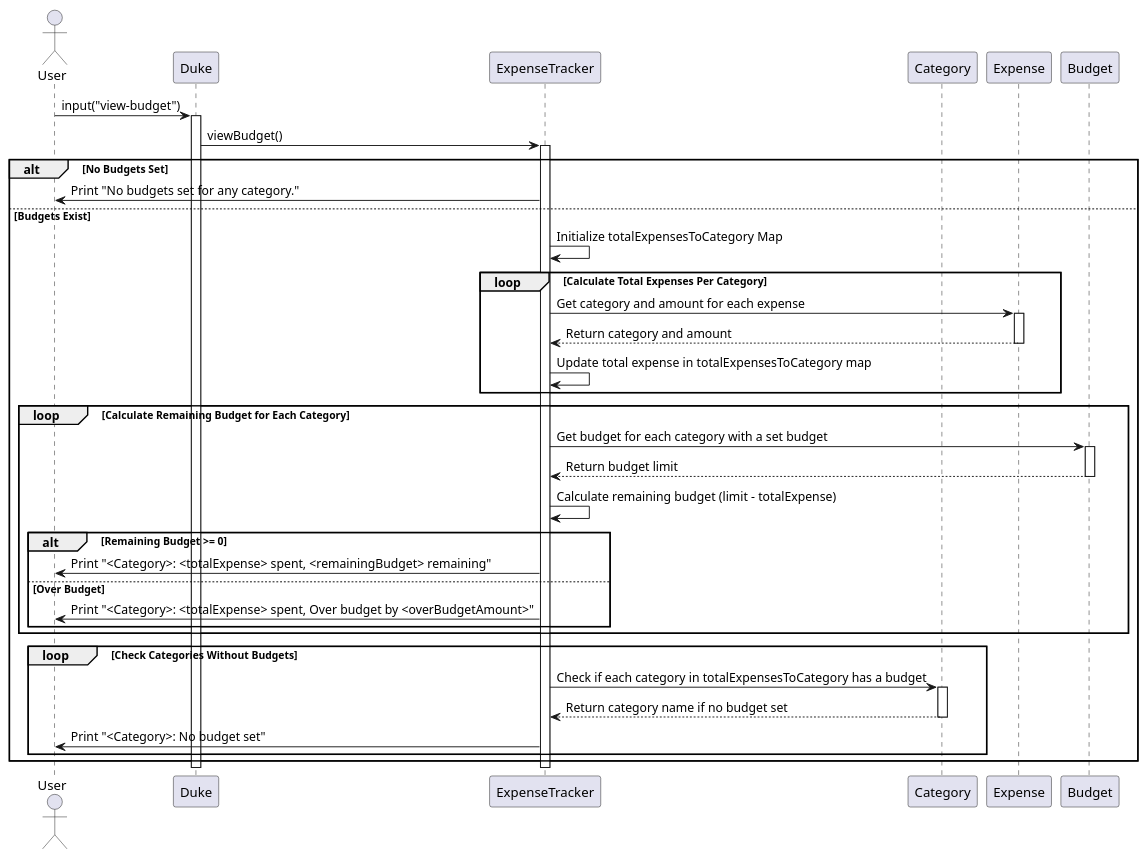
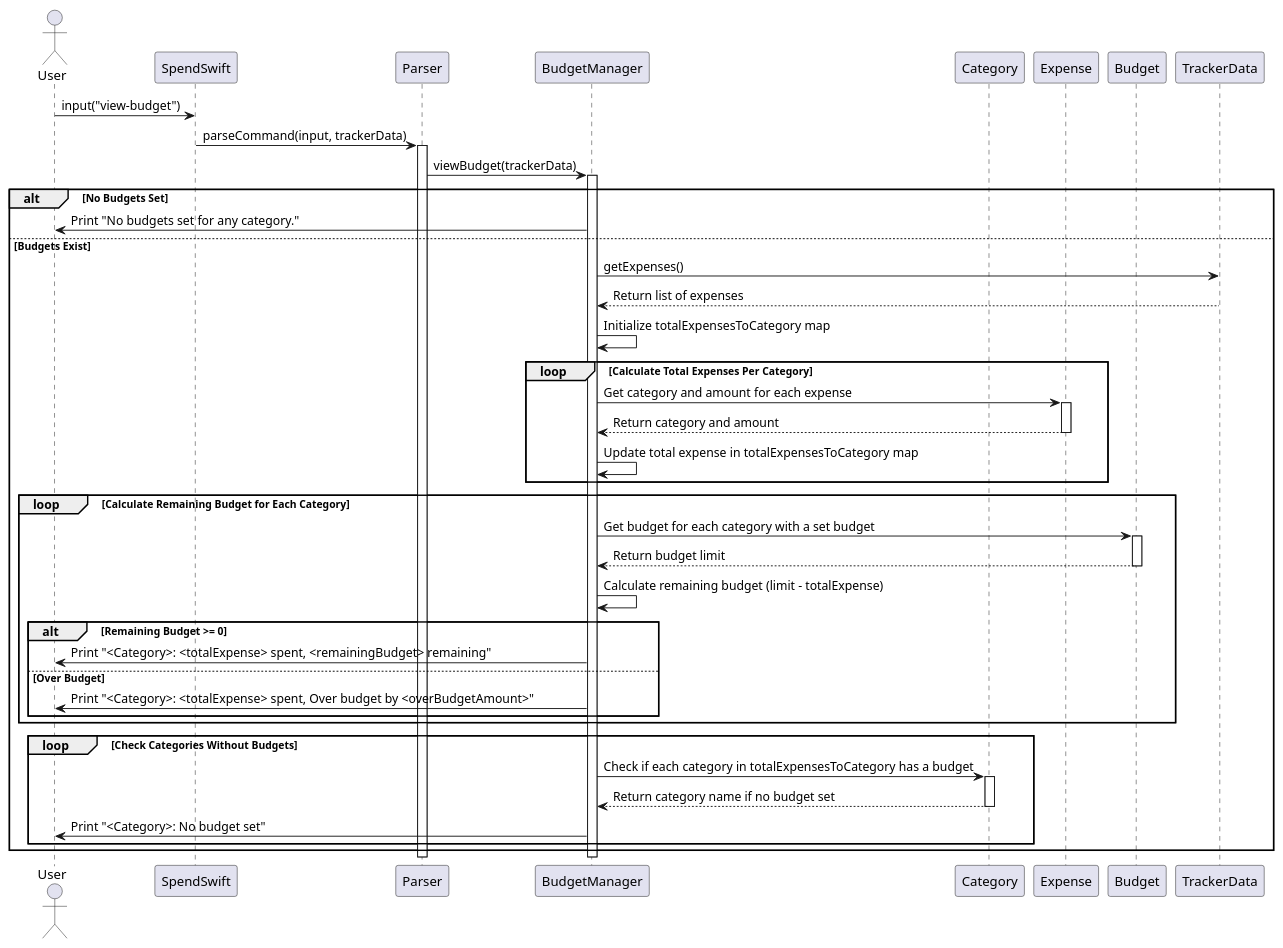
One commit to nus-cs2113-AY2425S1/tp changed the diagram in docs/diagrams/ViewBudget.puml. Above: the diagram before and after it, drawn with PlantUML. The commit also changed 7 other files, not shown here.

Commit message:
updated uml diagrams for add expense, add category, view  budget, and set budget limit (not sure about request here, but will look into it)

```diff
--- a/docs/diagrams/ViewBudget.puml
+++ b/docs/diagrams/ViewBudget.puml
@@ -1,57 +1,63 @@
 @startuml
 
 actor User
-participant Duke
-participant ExpenseTracker
+participant SpendSwift
+participant Parser
+participant BudgetManager
 participant Category
 participant Expense
 participant Budget
+participant TrackerData
 
-User -> Duke : input("view-budget")
-activate Duke
+User -> SpendSwift : input("view-budget")
+SpendSwift -> Parser : parseCommand(input, trackerData)
 
-Duke -> ExpenseTracker : viewBudget()
-activate ExpenseTracker
+activate Parser
+Parser -> BudgetManager : viewBudget(trackerData)
+activate BudgetManager
 
 alt No Budgets Set
-    ExpenseTracker -> User : Print "No budgets set for any category."
+    BudgetManager -> User : Print "No budgets set for any category."
 else Budgets Exist
-    ExpenseTracker -> ExpenseTracker : Initialize totalExpensesToCategory Map
+    BudgetManager -> TrackerData : getExpenses()
+    TrackerData --> BudgetManager : Return list of expenses
+
+    BudgetManager -> BudgetManager : Initialize totalExpensesToCategory map
 
     loop Calculate Total Expenses Per Category
-        ExpenseTracker -> Expense : Get category and amount for each expense
+        BudgetManager -> Expense : Get category and amount for each expense
         activate Expense
-        Expense --> ExpenseTracker : Return category and amount
+        Expense --> BudgetManager : Return category and amount
         deactivate Expense
 
-        ExpenseTracker -> ExpenseTracker : Update total expense in totalExpensesToCategory map
+        BudgetManager -> BudgetManager : Update total expense in totalExpensesToCategory map
     end
 
     loop Calculate Remaining Budget for Each Category
-        ExpenseTracker -> Budget : Get budget for each category with a set budget
+        BudgetManager -> Budget : Get budget for each category with a set budget
         activate Budget
-        Budget --> ExpenseTracker : Return budget limit
+        Budget --> BudgetManager : Return budget limit
         deactivate Budget
 
-        ExpenseTracker -> ExpenseTracker : Calculate remaining budget (limit - totalExpense)
+        BudgetManager -> BudgetManager : Calculate remaining budget (limit - totalExpense)
 
         alt Remaining Budget >= 0
-            ExpenseTracker -> User : Print "<Category>: <totalExpense> spent, <remainingBudget> remaining"
+            BudgetManager -> User : Print "<Category>: <totalExpense> spent, <remainingBudget> remaining"
         else Over Budget
-            ExpenseTracker -> User : Print "<Category>: <totalExpense> spent, Over budget by <overBudgetAmount>"
+            BudgetManager -> User : Print "<Category>: <totalExpense> spent, Over budget by <overBudgetAmount>"
         end
     end
 
     loop Check Categories Without Budgets
-        ExpenseTracker -> Category : Check if each category in totalExpensesToCategory has a budget
+        BudgetManager -> Category : Check if each category in totalExpensesToCategory has a budget
         activate Category
-        Category --> ExpenseTracker : Return category name if no budget set
+        Category --> BudgetManager : Return category name if no budget set
         deactivate Category
 
-        ExpenseTracker -> User : Print "<Category>: No budget set"
+        BudgetManager -> User : Print "<Category>: No budget set"
     end
 end
-deactivate ExpenseTracker
-deactivate Duke
+deactivate BudgetManager
+deactivate Parser
 
 @enduml
```
